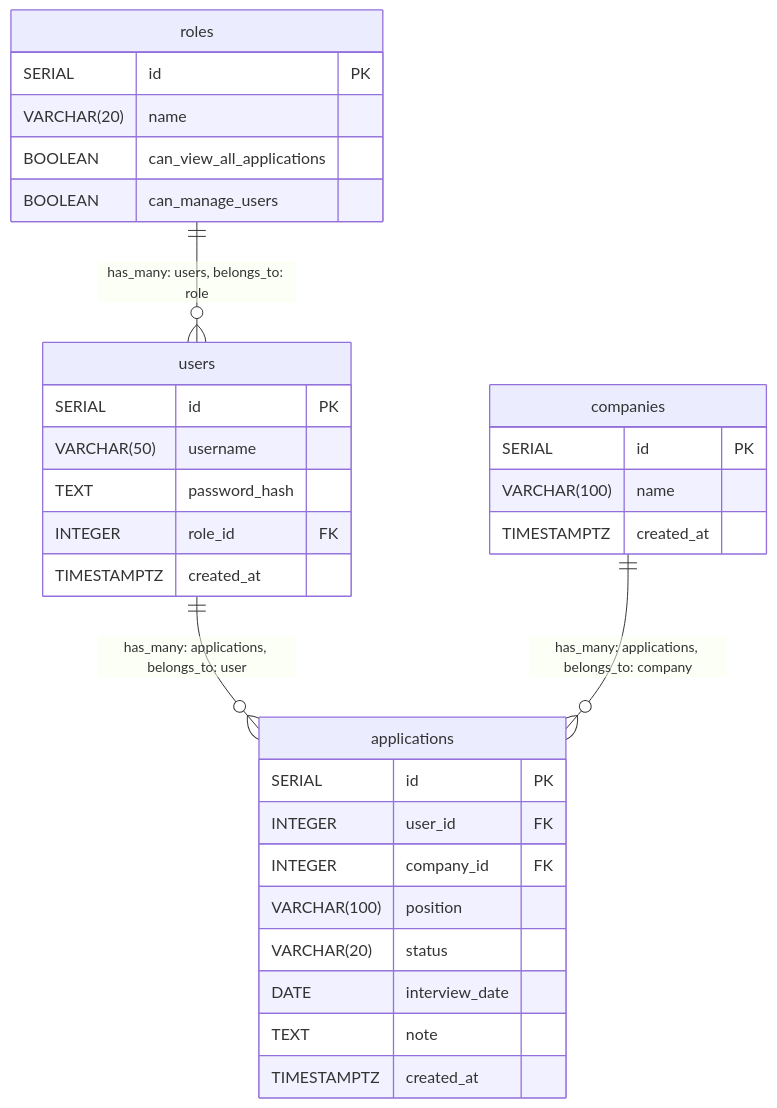
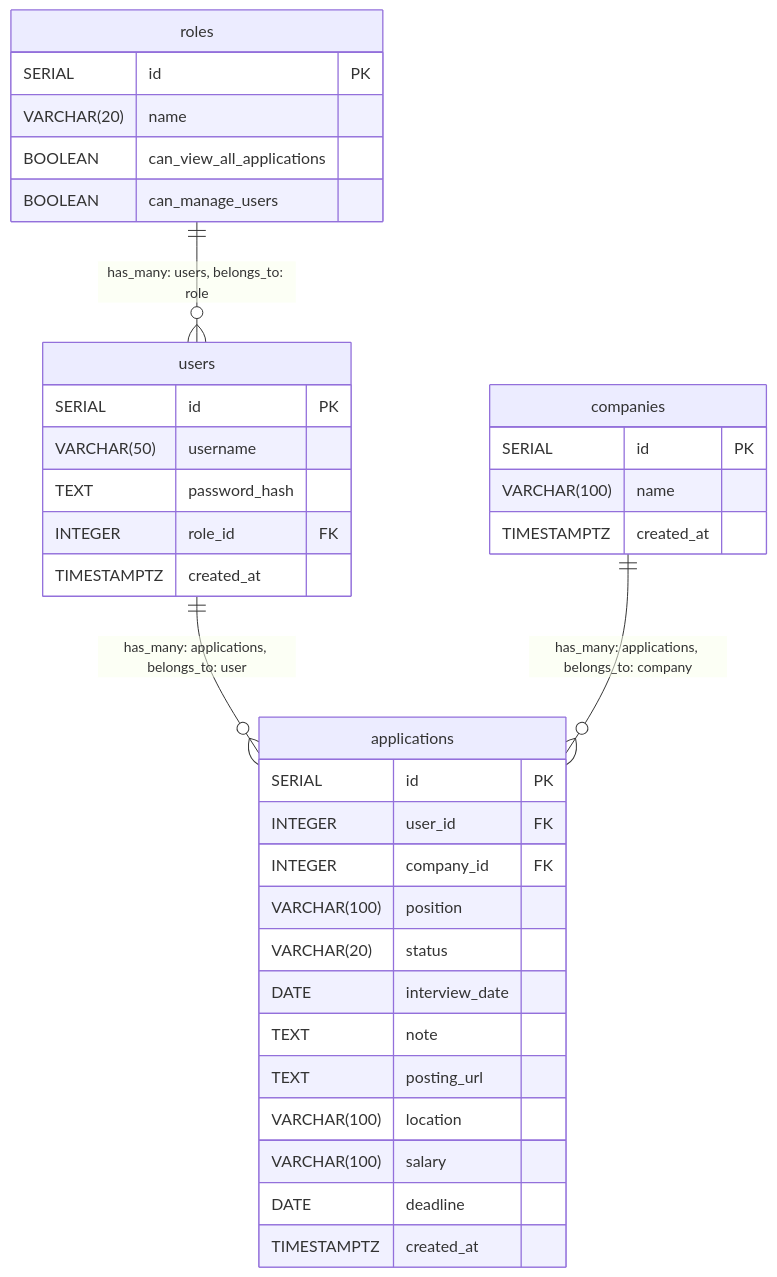
One commit to RW918/ERB_Group_Project changed the diagram in draft/erd.generated.mmd. Above: the diagram before and after it, drawn with Mermaid. The commit also changed 30 other files, not shown here.

First line of the commit message:
feat: posting details, TS migrations, squashed schema, env-seeded passwords

```diff
--- a/draft/erd.generated.mmd
+++ b/draft/erd.generated.mmd
@@ -1,44 +1,48 @@
 erDiagram
     %% table name: roles
     %% table comment: 
     roles {
         SERIAL id PK ""
         VARCHAR(20) name  ""
         BOOLEAN can_view_all_applications  ""
         BOOLEAN can_manage_users  ""
     }
 
     %% table name: users
     %% table comment: 
     users {
         SERIAL id PK ""
         VARCHAR(50) username  ""
         TEXT password_hash  ""
         INTEGER role_id FK ""
         TIMESTAMPTZ created_at  ""
     }
 
     %% table name: companies
     %% table comment: 
     companies {
         SERIAL id PK ""
         VARCHAR(100) name  ""
         TIMESTAMPTZ created_at  ""
     }
 
     %% table name: applications
     %% table comment: 
     applications {
         SERIAL id PK ""
         INTEGER user_id FK ""
         INTEGER company_id FK ""
         VARCHAR(100) position  ""
         VARCHAR(20) status  ""
         DATE interview_date  ""
         TEXT note  ""
+        TEXT posting_url  ""
+        VARCHAR(100) location  ""
+        VARCHAR(100) salary  ""
+        DATE deadline  ""
         TIMESTAMPTZ created_at  ""
     }
 
     roles ||--o{ users : "has_many: users, belongs_to: role"
     users ||--o{ applications : "has_many: applications, belongs_to: user"
     companies ||--o{ applications : "has_many: applications, belongs_to: company"
```
